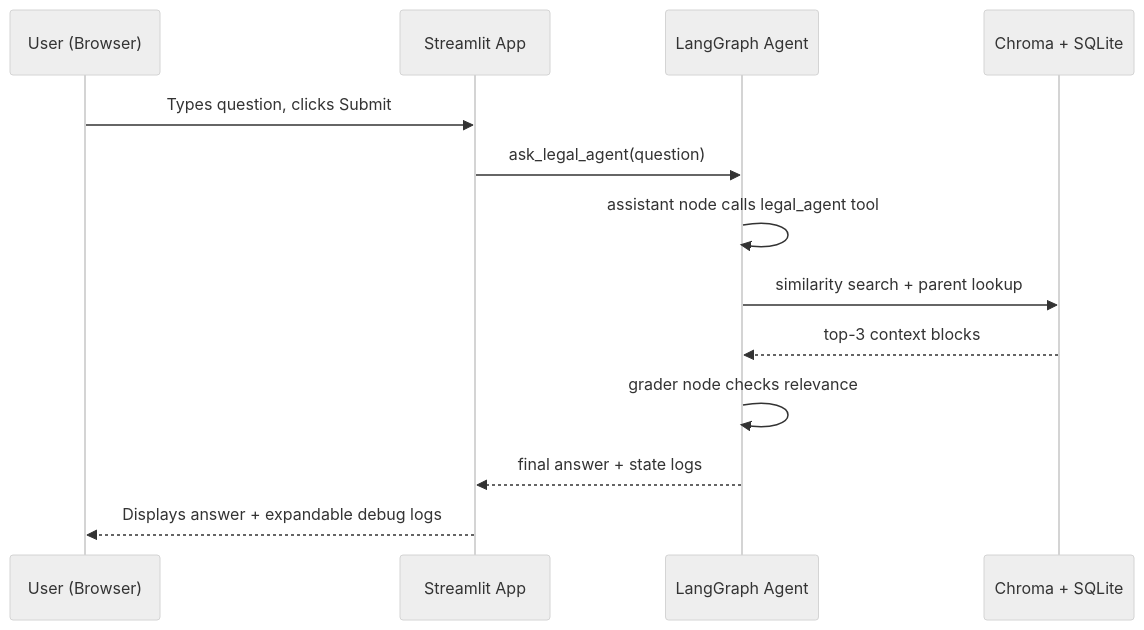
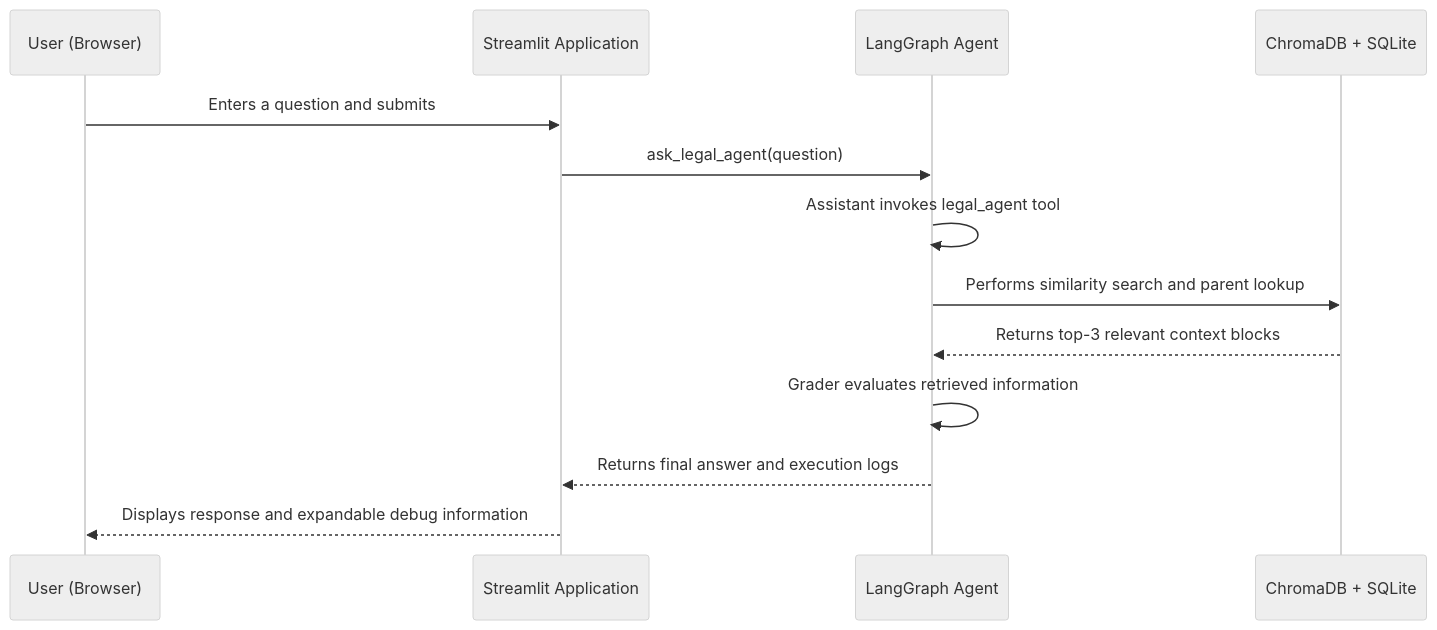
One commit to Sriharshini7/Agentic-RAG-Research-Assistant changed the third of 3 diagrams in README.md. Above: the diagram before and after it, drawn with Mermaid (neutral theme). The commit also changed other lines of this file, not shown here.

````diff
--- a/README.md
+++ b/README.md
@@ -81,16 +107,16 @@
 ```mermaid
 sequenceDiagram
     participant U as User (Browser)
-    participant S as Streamlit App
+    participant S as Streamlit Application
     participant G as LangGraph Agent
-    participant C as Chroma + SQLite
+    participant C as ChromaDB + SQLite
 
-    U->>S: Types question, clicks Submit
+    U->>S: Enters a question and submits
     S->>G: ask_legal_agent(question)
-    G->>G: assistant node calls legal_agent tool
-    G->>C: similarity search + parent lookup
-    C-->>G: top-3 context blocks
-    G->>G: grader node checks relevance
-    G-->>S: final answer + state logs
-    S-->>U: Displays answer + expandable debug logs
+    G->>G: Assistant invokes legal_agent tool
+    G->>C: Performs similarity search and parent lookup
+    C-->>G: Returns top-3 relevant context blocks
+    G->>G: Grader evaluates retrieved information
+    G-->>S: Returns final answer and execution logs
+    S-->>U: Displays response and expandable debug information
 ```
````
